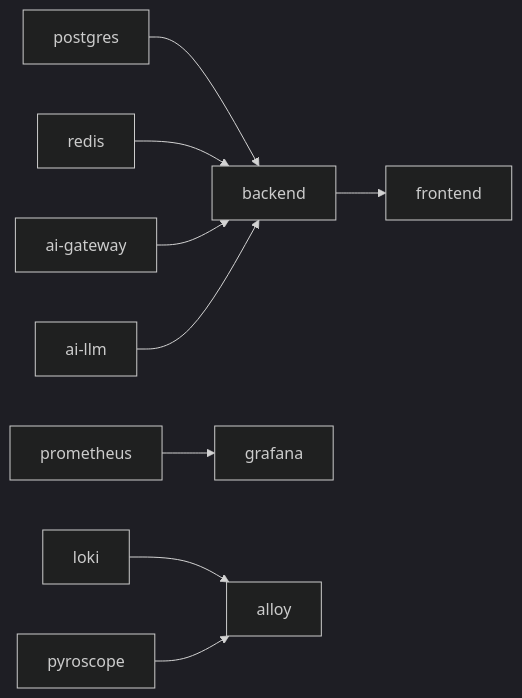
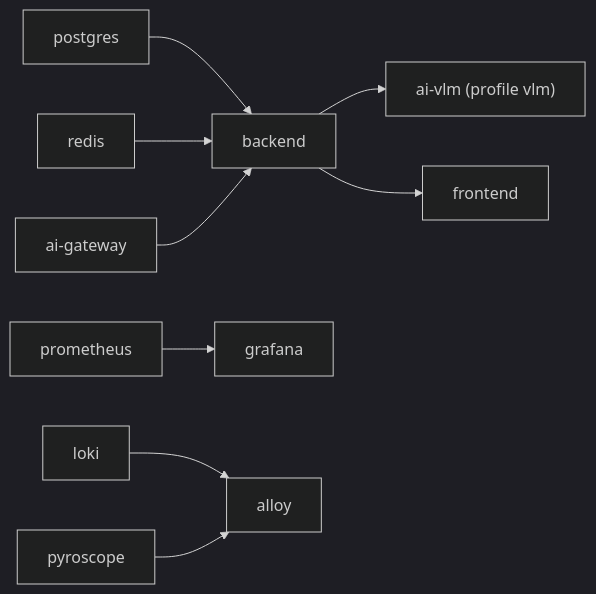
The second of 2 diagrams in docs/architecture/system-overview/deployment-topology.md (mikesvoboda/nemotron-v3-home-security-intelligence), drawn with Mermaid (dark theme) before and after one commit. The commit also changed other lines of this file and 231 other files, not shown here.

````diff
--- a/docs/architecture/system-overview/deployment-topology.md
+++ b/docs/architecture/system-overview/deployment-topology.md
@@ -255,11 +302,11 @@
 ```mermaid
 flowchart LR
     PG["postgres"] --> BE["backend"]
     RD["redis"] --> BE
     GW["ai-gateway"] --> BE
-    LLM["ai-llm"] --> BE
+    BE --> VLM["ai-vlm (profile vlm)"]
     BE --> FE["frontend"]
     PROM["prometheus"] --> GRAF["grafana"]
     LOKI["loki"] --> ALLOY["alloy"]
     PYRO["pyroscope"] --> ALLOY
 ```
````
